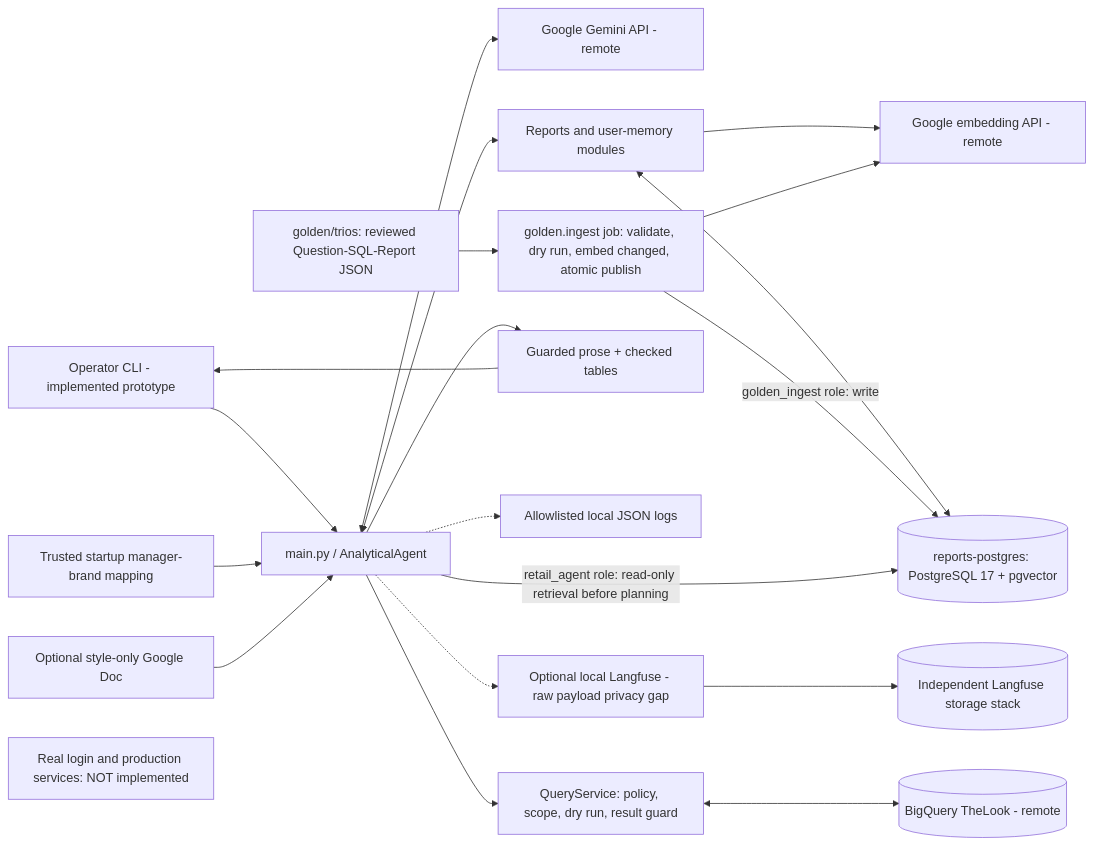
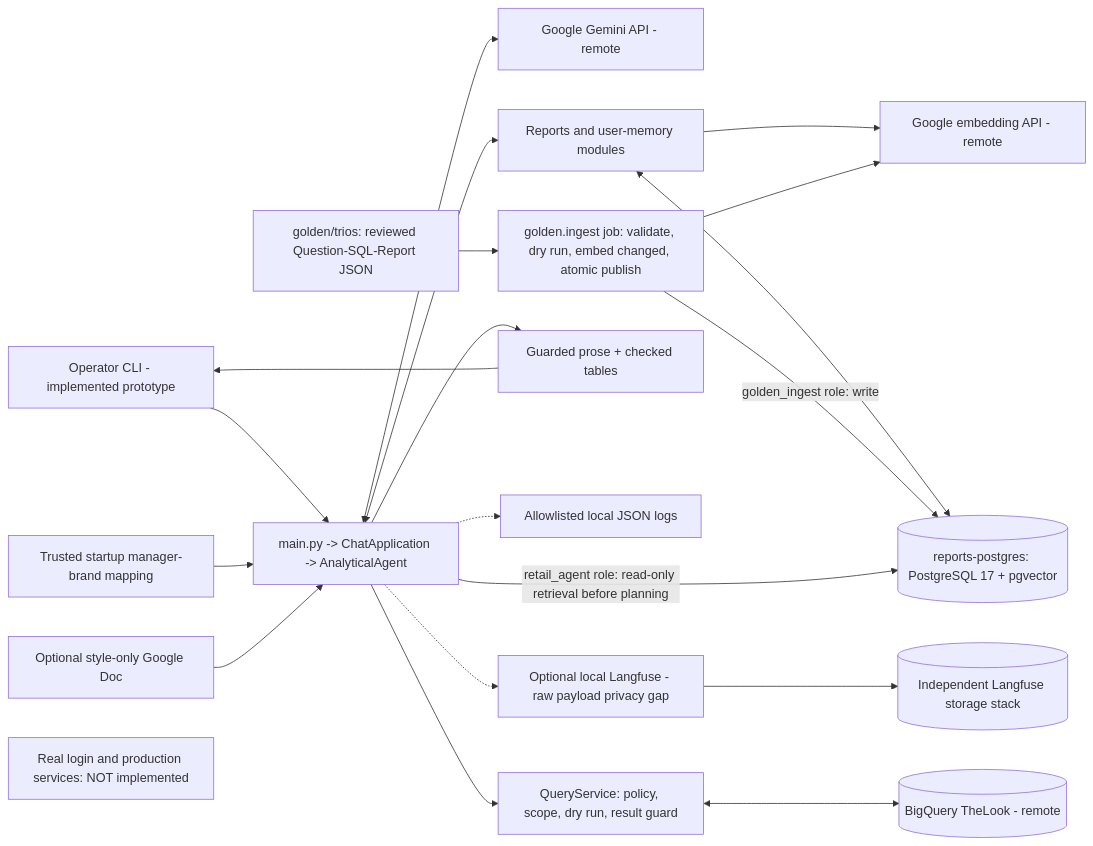
The diagram in HLD/architecture-overview.mmd (BenFruit/opsfleet_retail), drawn with Mermaid before and after one commit. The commit also changed 5 other files, not shown here.

```diff
--- a/HLD/architecture-overview.mmd
+++ b/HLD/architecture-overview.mmd
@@ -1,20 +1,20 @@
 flowchart LR
-    U["Operator CLI - implemented prototype"] --> APP["main.py / AnalyticalAgent"]
+    U["Operator CLI - implemented prototype"] --> APP["main.py -> ChatApplication -> AnalyticalAgent"]
     ACCESS["Trusted startup manager-brand mapping"] --> APP
     DOC["Optional style-only Google Doc"] --> APP
     APP <--> LLM["Google Gemini API - remote"]
     APP --> QS["QueryService: policy, scope, dry run, result guard"]
     QS <--> BQ[("BigQuery TheLook - remote")]
     APP <--> RM["Reports and user-memory modules"]
     RM <--> PG[("reports-postgres: PostgreSQL 17 + pgvector")]
     RM --> EMB["Google embedding API - remote"]
     APP --> OUT["Guarded prose + checked tables"]
     OUT --> U
     APP -.-> LOG["Allowlisted local JSON logs"]
     APP -.-> LF["Optional local Langfuse - raw payload privacy gap"]
     LF --> STORE[("Independent Langfuse storage stack")]
     BUCKET["golden/trios: reviewed Question-SQL-Report JSON"] --> INGEST["golden.ingest job: validate, dry run, embed changed, atomic publish"]
     INGEST -->|"golden_ingest role: write"| PG
     APP -->|"retail_agent role: read-only retrieval before planning"| PG
     INGEST --> EMB
     FUTURE["Real login and production services: NOT implemented"]
```
